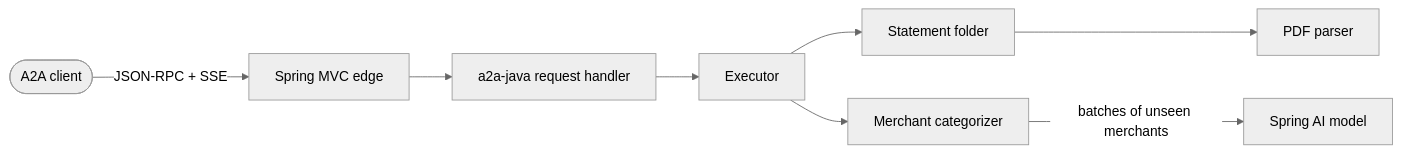
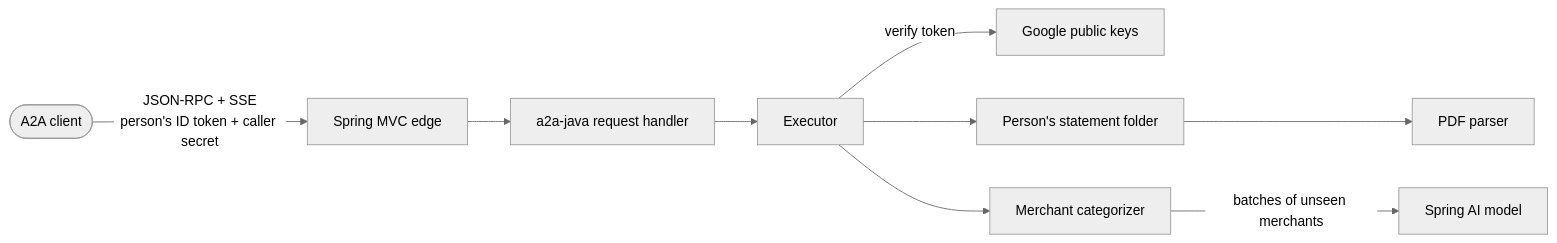
One commit to erancha/amex-agent changed the diagram in README.md. Above: the diagram before and after it, drawn with Mermaid (neutral theme). The commit also changed other lines of this file and 70 other files, not shown here.

````diff
--- a/README.md
+++ b/README.md
@@ -92,10 +124,11 @@
 ```mermaid
 flowchart LR
-  C([A2A client]) -->|JSON-RPC + SSE| E[Spring MVC edge]
+  C([A2A client]) -->|JSON-RPC + SSE<br/>person's ID token + caller secret| E[Spring MVC edge]
   E --> H[a2a-java request handler]
   H --> X[Executor]
-  X --> F[Statement folder]
+  X -->|verify token| G[Google public keys]
+  X --> F[Person's statement folder]
   F --> P[PDF parser]
   X --> M[Merchant categorizer]
   M -->|batches of unseen merchants| L[Spring AI model]
 ```
````
